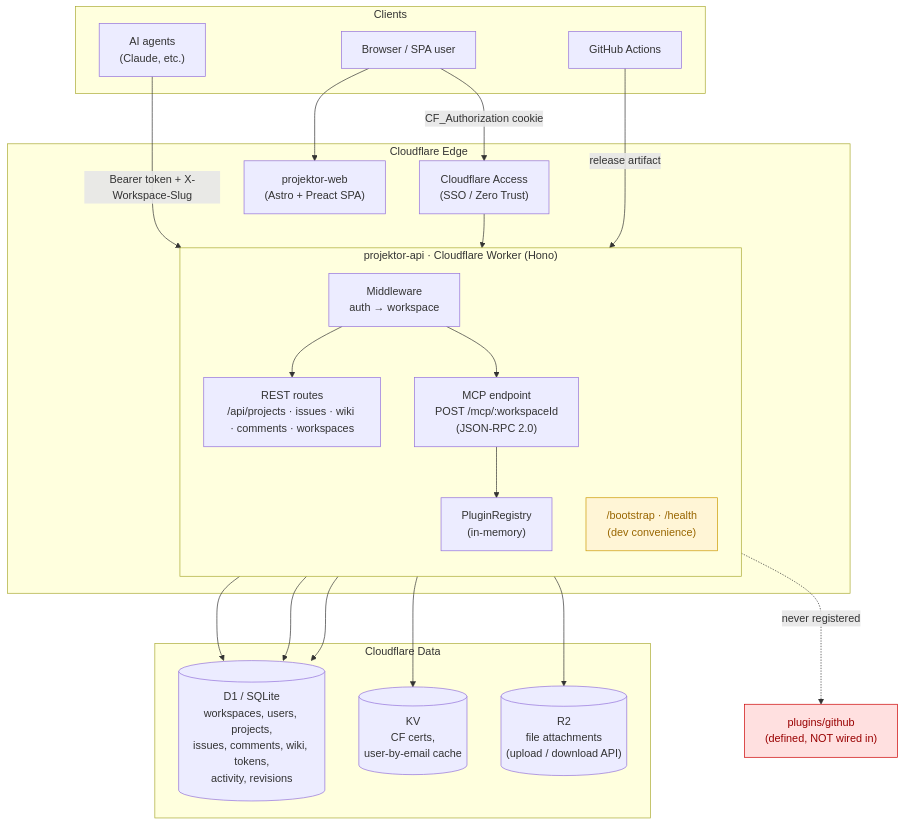
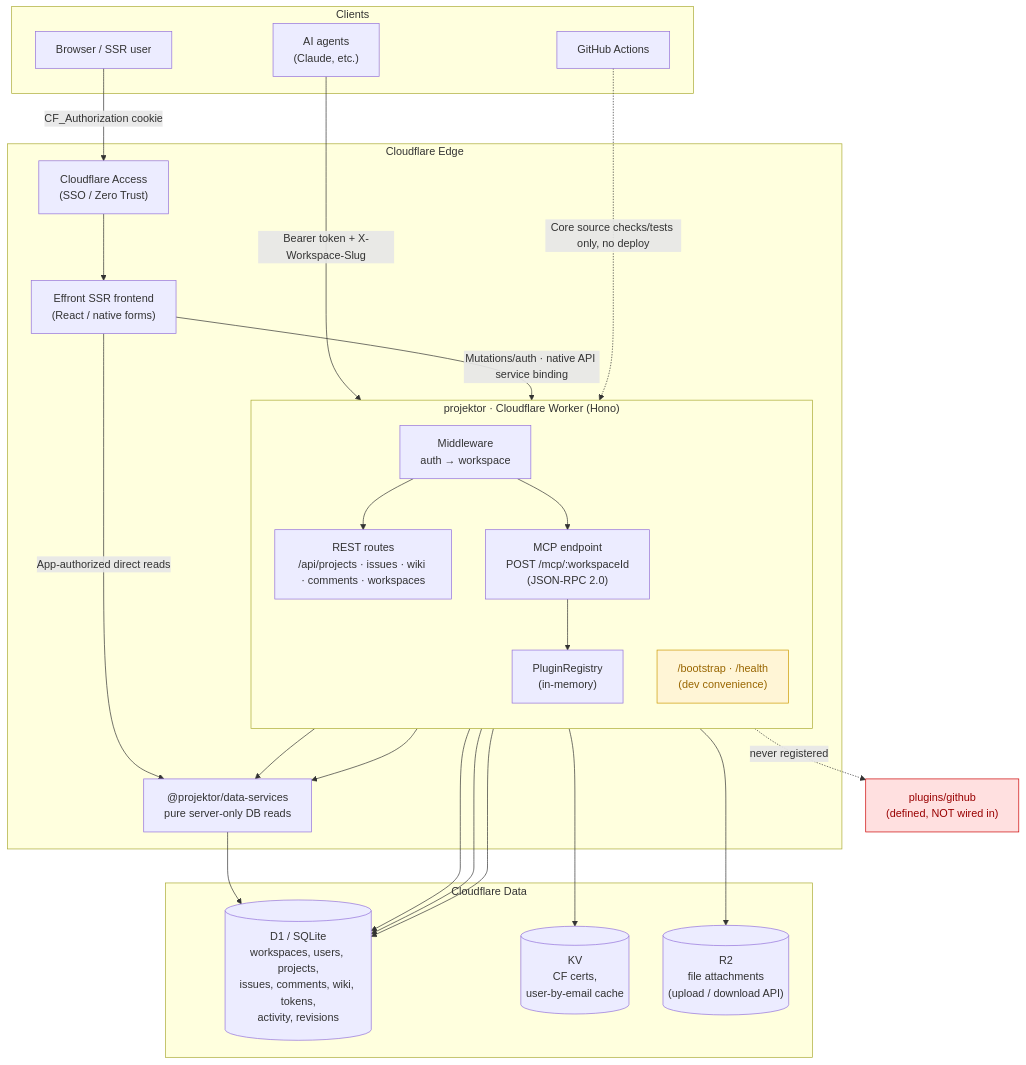
Before and after one commit to totto2727-org/projektor: the diagram in apps/docs/src/content/docs/architecture/system-design.mdx, drawn with Mermaid. The commit also changed other lines of this file and 7 other files, not shown here.

````diff
--- a/apps/docs/src/content/docs/architecture/system-design.mdx
+++ b/apps/docs/src/content/docs/architecture/system-design.mdx
@@ -53,49 +52,54 @@
 ```mermaid
 flowchart TB
     subgraph Clients
         AI["AI agents<br/>(Claude, etc.)"]
-        Browser["Browser / SPA user"]
+        Browser["Browser / SSR user"]
         CI["GitHub Actions"]
     end
 
     subgraph Edge["Cloudflare Edge"]
         Access["Cloudflare Access<br/>(SSO / Zero Trust)"]
-        subgraph Worker["projektor-api · Cloudflare Worker (Hono)"]
+        subgraph Worker["projektor · Cloudflare Worker (Hono)"]
             direction TB
             MW["Middleware<br/>auth → workspace"]
             REST["REST routes<br/>/api/projects · issues · wiki · comments · workspaces"]
             MCP["MCP endpoint<br/>POST /mcp/:workspaceId<br/>(JSON-RPC 2.0)"]
             BOOT["/bootstrap · /health<br/>(dev convenience)"]
             REG["PluginRegistry<br/>(in-memory)"]
         end
-        Pages["projektor-web<br/>(Astro + Preact SPA)"]
+        Pages["Effront SSR frontend<br/>(React / native forms)"]
+        DS["@projektor/data-services<br/>pure server-only DB reads"]
     end
 
     subgraph Storage["Cloudflare Data"]
         D1[("D1 / SQLite<br/>workspaces, users, projects,<br/>issues, comments, wiki, tokens,<br/>activity, revisions")]
         KV[("KV<br/>CF certs,<br/>user-by-email cache")]
         R2[("R2<br/>file attachments<br/>(upload / download API)")]
     end
 
     Plugins["plugins/github<br/>(defined, NOT wired in)"]
 
     AI -->|"Bearer token + X-Workspace-Slug"| MCP
-    Browser -->|"CF_Authorization cookie"| Access --> REST
-    Browser --> Pages
-    CI -->|"release artifact"| Worker
+    Browser -->|"CF_Authorization cookie"| Access --> Pages
+    Pages -->|"Mutations/auth · native API service binding"| REST
+    Pages -->|"App-authorized direct reads"| DS
+    REST --> DS
+    MCP --> DS
+    DS --> D1
+    CI -.->|"Core source checks/tests only, no deploy"| Worker
 
     MW --> REST
     MW --> MCP
     MCP --> REG
     REST --> D1
     MCP --> D1
     MW --> D1
     MW --> KV
     REST --> R2
     REG -.->|"never registered"| Plugins
 
     classDef gap fill:#ffe0e0,stroke:#c00,color:#900;
     classDef stub fill:#fff5d6,stroke:#c90,color:#960;
     class Plugins gap;
     class BOOT stub;
 ```
````
